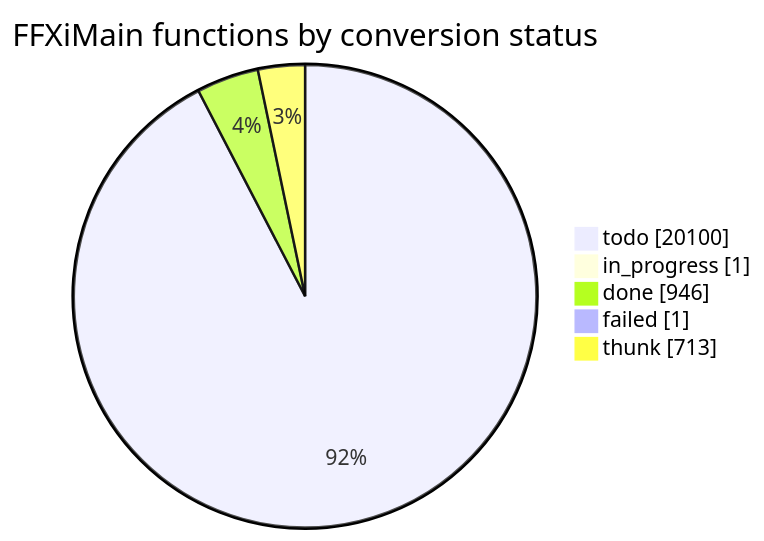
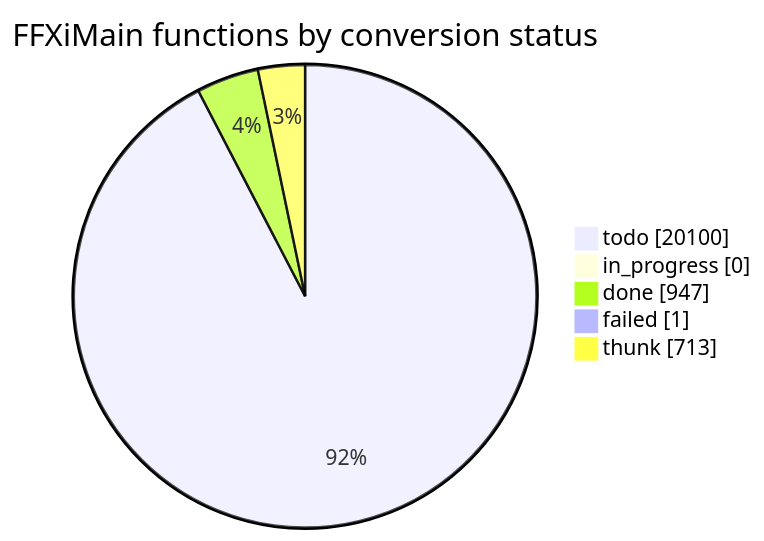
The diagram in docs/cow/STATUS.md (cowrevenge/cow_kuluu_xi_anything), drawn with Mermaid before and after one commit. The commit also changed other lines of this file and 9 other files, not shown here.

````diff
--- a/docs/cow/STATUS.md
+++ b/docs/cow/STATUS.md
@@ -18,9 +18,9 @@
 ```mermaid
 pie showData
     title FFXiMain functions by conversion status
     "todo" : 20100
-    "in_progress" : 1
-    "done" : 946
+    "in_progress" : 0
+    "done" : 947
     "failed" : 1
     "thunk" : 713
 ```
````
